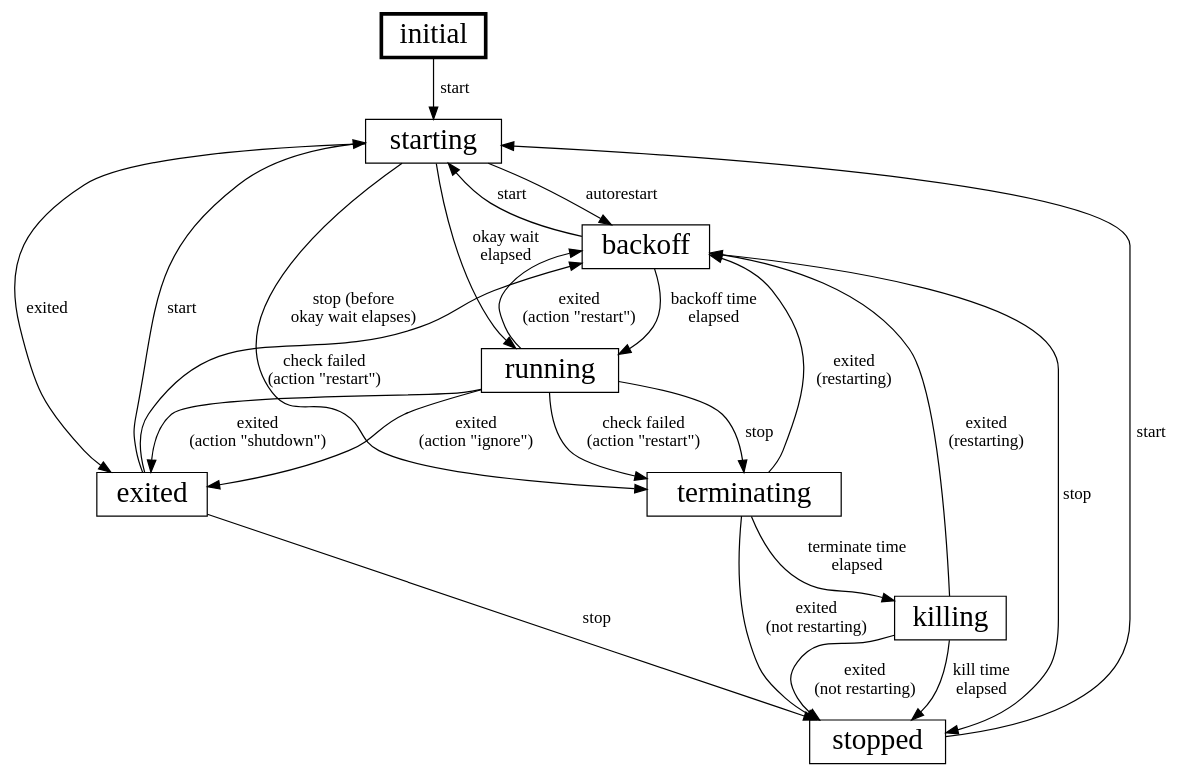
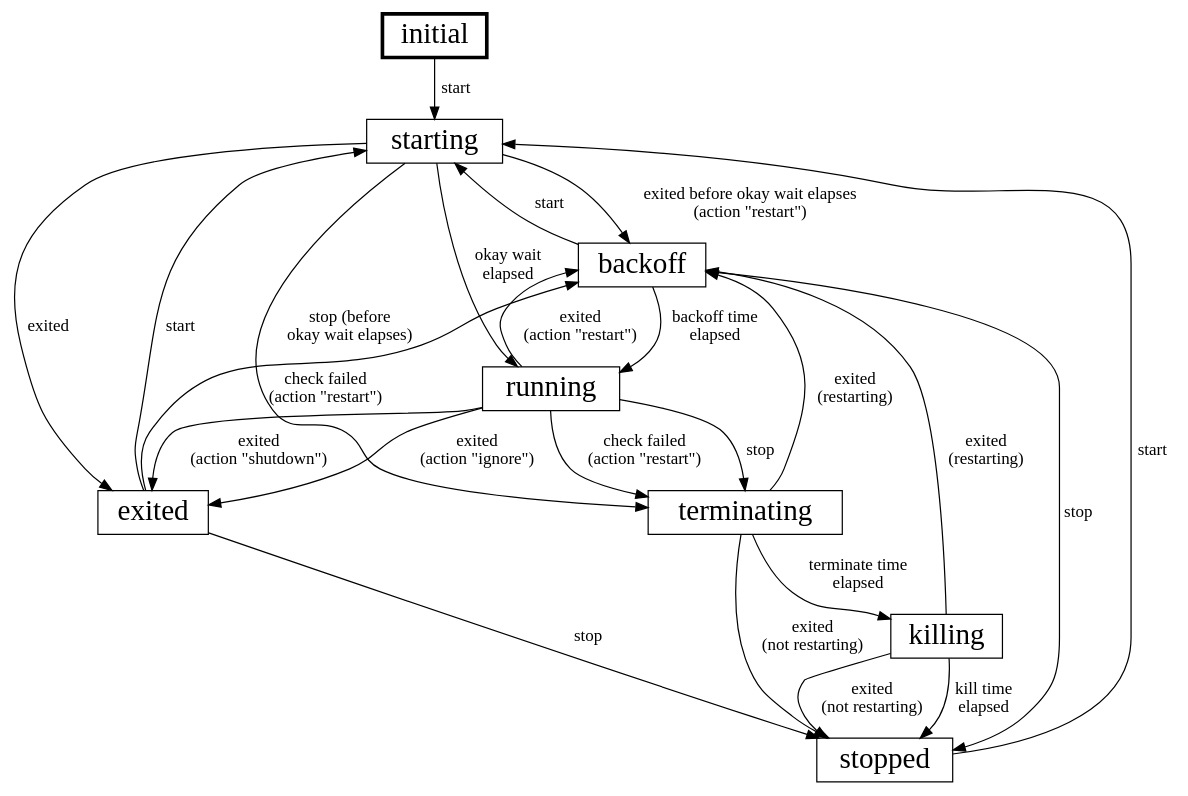
The diagram in internals/overlord/servstate/state-diagram.dot (canonical/pebble), drawn with Graphviz before and after one commit. The commit also changed 6 other files, not shown here.

```diff
--- a/internals/overlord/servstate/state-diagram.dot
+++ b/internals/overlord/servstate/state-diagram.dot
@@ -1,27 +1,27 @@
 # Create SVG with the following graphviz command:
 #
 # dot -Tsvg internals/overlord/servstate/state-diagram.dot -o ./internals/overlord/servstate/state-diagram.svg
 
 digraph service_state_machine {
     node [penwidth=3 shape=box fontsize=24] initial
     node [penwidth=1]
     initial -> starting [label="start"]
-    starting -> backoff [label="autorestart"]
+    starting -> backoff [label="exited before okay wait elapses\n(action \"restart\")"]
     starting -> running [label="okay wait\nelapsed"]
     starting -> terminating [label="stop (before\nokay wait elapses)"]
     running -> terminating [label="stop"]
     running -> terminating [label="check failed\n(action \"restart\")"]
     terminating -> killing [label="terminate time\nelapsed"]
     {terminating, killing} -> stopped [label="exited\n(not restarting)"]
     {terminating, killing} -> backoff [label="exited\n(restarting)"]
     exited -> stopped [label="stop"]
     starting -> exited [label="exited"]
     {backoff, stopped, exited} -> starting [label="start"]
     running -> exited [label="exited\n(action \"ignore\")"]
     running -> exited [label="exited\n(action \"shutdown\")"]
     running -> backoff [label="exited\n(action \"restart\")"]
     backoff -> stopped [label="stop"]
     backoff -> running [label="backoff time\nelapsed"]
     killing -> stopped [label="kill time\nelapsed"]
     exited -> backoff [label="check failed\n(action \"restart\")"]
 }
```
